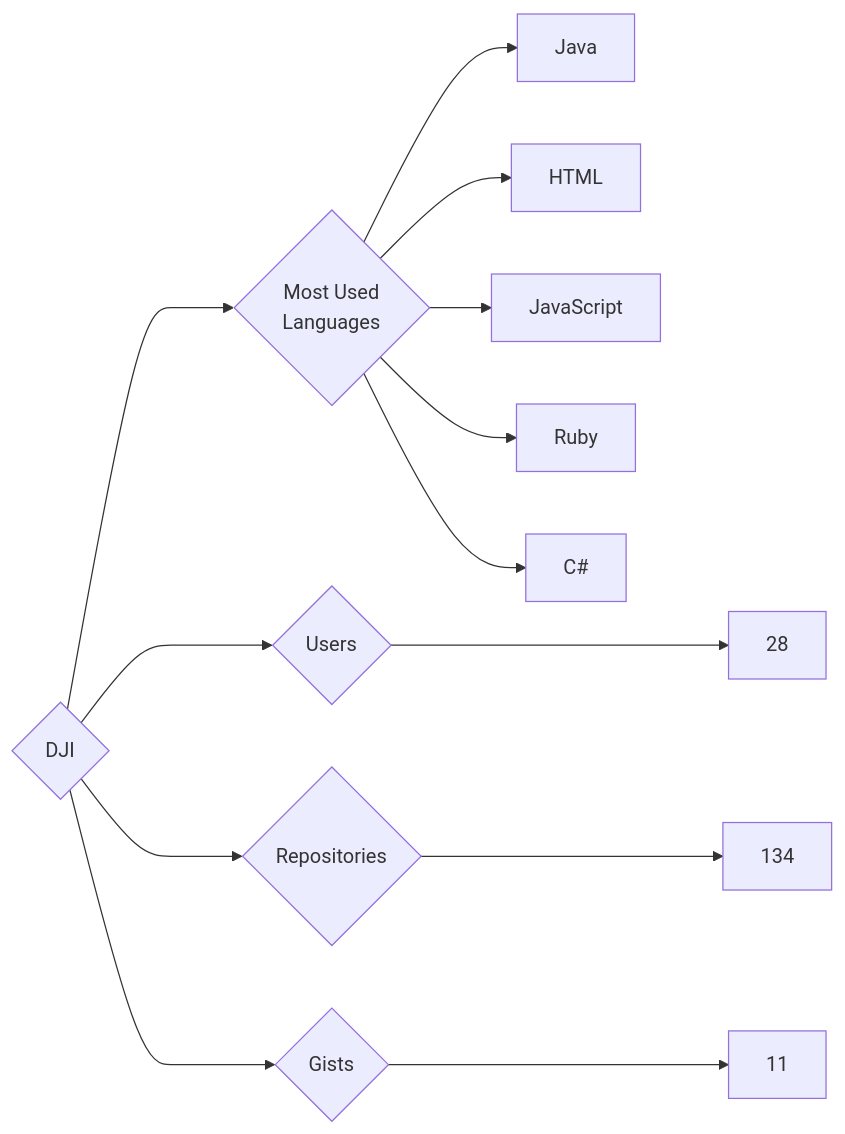
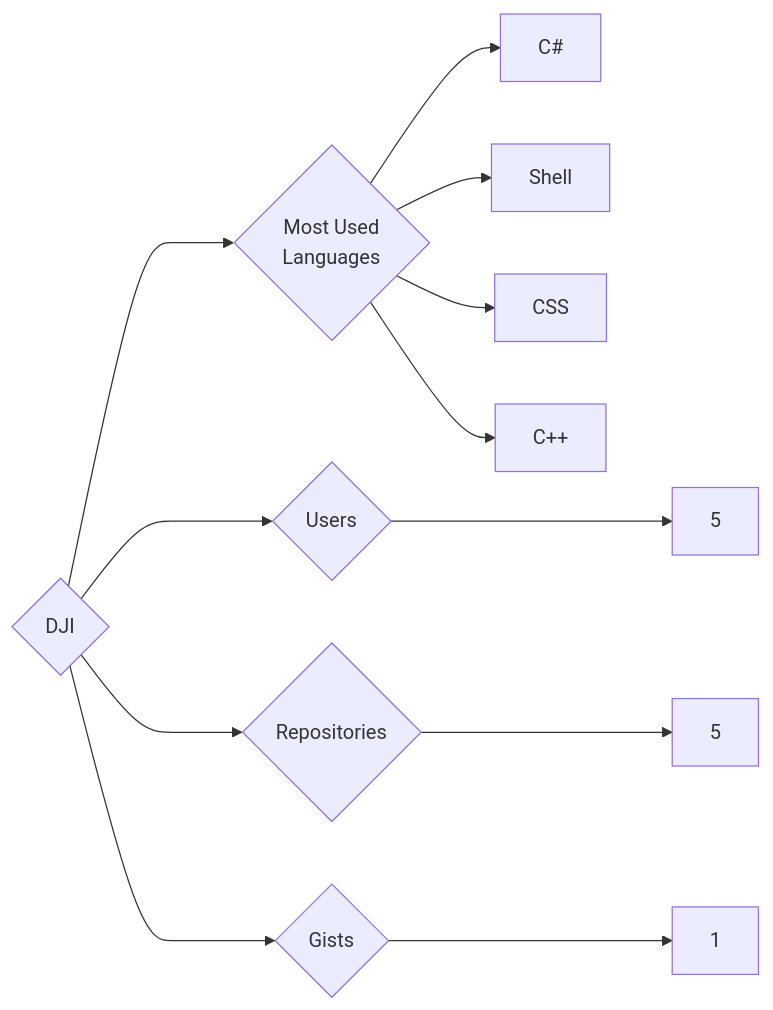
One commit to trickest/insiders changed the diagram in targets/DJI/README.md. Above: the diagram before and after it, drawn with Mermaid. The commit also changed 611 other files, not shown here.

````diff
--- a/targets/DJI/README.md
+++ b/targets/DJI/README.md
@@ -3,13 +3,12 @@
 ```mermaid
 graph LR
 COMPANY_NAME{DJI}
-COMPANY_NAME ---> U{Users} ---> UN[28]
-COMPANY_NAME ---> R{Repositories} ---> RN[134]
-COMPANY_NAME ---> G{Gists} ---> GN[11]
+COMPANY_NAME ---> U{Users} ---> UN[5]
+COMPANY_NAME ---> R{Repositories} ---> RN[5]
+COMPANY_NAME ---> G{Gists} ---> GN[1]
 COMPANY_NAME ---> ML{Most Used<br>Languages}
-ML --> Java[Java]
-ML --> HTML[HTML]
-ML --> JavaScript[JavaScript]
-ML --> Ruby[Ruby]
 ML --> C#[C#]
+ML --> Shell[Shell]
+ML --> CSS[CSS]
+ML --> C++[C++]
 ```
````
